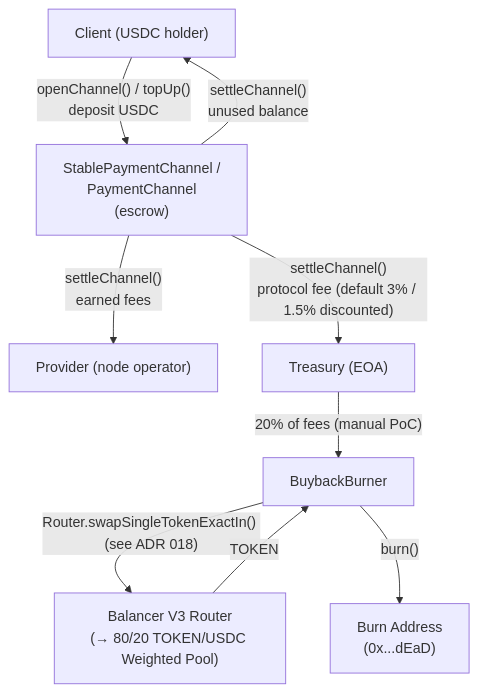
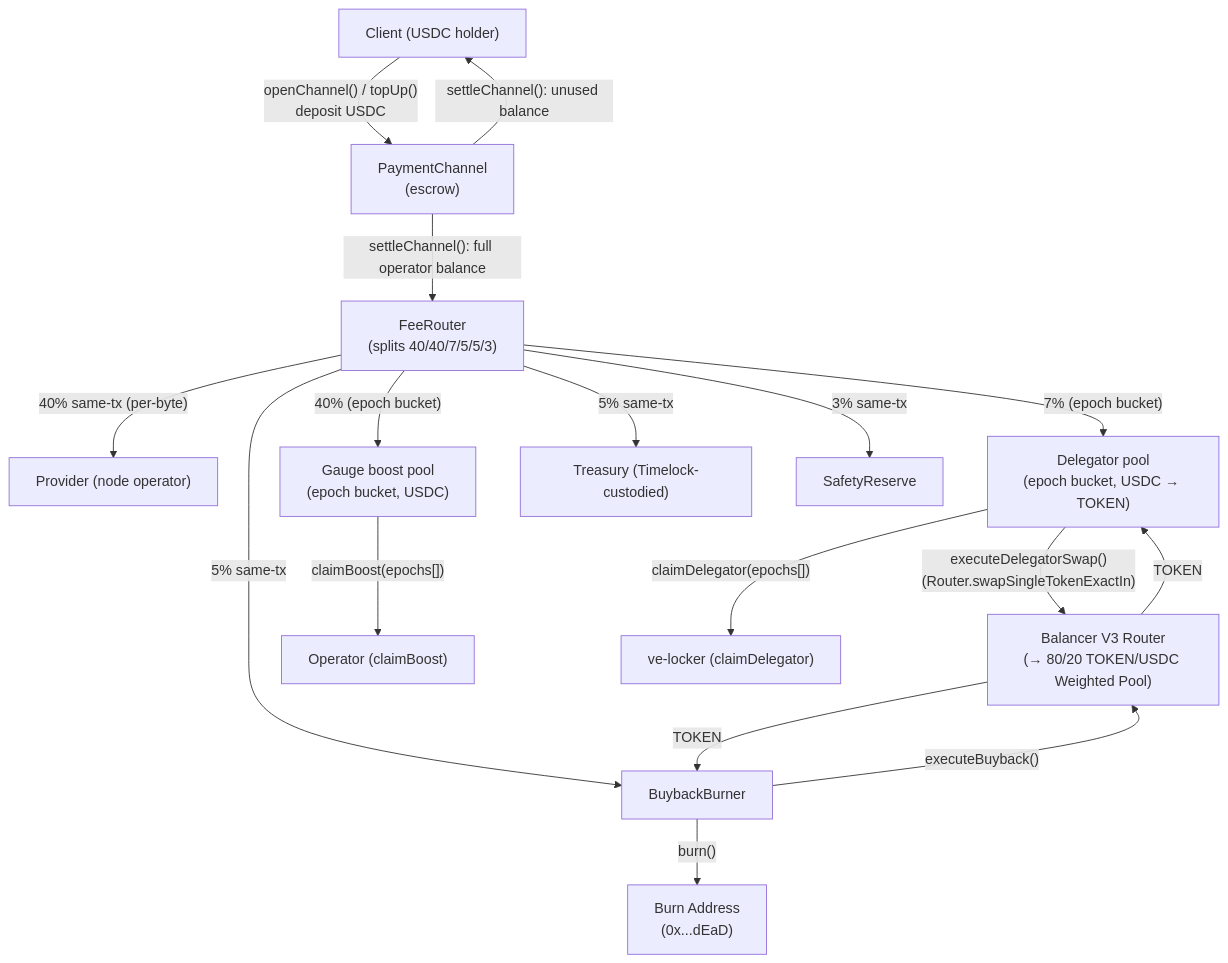
One commit to decdn/decdn changed the fourth of 5 diagrams in adr/016-contract-interactions.md. Above: the diagram before and after it, drawn with Mermaid. The commit also changed other lines of this file and 21 other files, not shown here.

````diff
--- a/adr/016-contract-interactions.md
+++ b/adr/016-contract-interactions.md
@@ -194,19 +319,33 @@
 ```mermaid
 flowchart TD
     Client["Client (USDC holder)"]
-    SPC["StablePaymentChannel /<br/>PaymentChannel<br/>(escrow)"]
+    PC["PaymentChannel<br/>(escrow)"]
+    FR["FeeRouter<br/>(splits 40/40/7/5/5/3)"]
     Provider["Provider (node operator)"]
-    Treasury["Treasury (EOA)"]
+    GAUGE["Gauge boost pool<br/>(epoch bucket, USDC)"]
+    DELE["Delegator pool<br/>(epoch bucket, USDC → TOKEN)"]
+    Treasury["Treasury (Timelock-custodied)"]
+    SAFE["SafetyReserve"]
     BB["BuybackBurner"]
     BAL["Balancer V3 Router<br/>(→ 80/20 TOKEN/USDC Weighted Pool)"]
     BURN["Burn Address<br/>(0x...dEaD)"]
+    OpClaim["Operator (claimBoost)"]
+    LockerClaim["ve-locker (claimDelegator)"]
 
-    Client -->|"openChannel() / topUp()<br/>deposit USDC"| SPC
-    SPC -->|"settleChannel()<br/>earned fees"| Provider
-    SPC -->|"settleChannel()<br/>protocol fee (default 3% / 1.5% discounted)"| Treasury
-    SPC -->|"settleChannel()<br/>unused balance"| Client
-    Treasury -->|"20% of fees (manual PoC)"| BB
-    BB -->|"Router.swapSingleTokenExactIn() (see ADR 018)"| BAL
+    Client -->|"openChannel() / topUp()<br/>deposit USDC"| PC
+    PC -->|"settleChannel(): full operator balance"| FR
+    PC -->|"settleChannel(): unused balance"| Client
+    FR -->|"40% same-tx (per-byte)"| Provider
+    FR -->|"40% (epoch bucket)"| GAUGE
+    FR -->|"7% (epoch bucket)"| DELE
+    FR -->|"5% same-tx"| BB
+    FR -->|"5% same-tx"| Treasury
+    FR -->|"3% same-tx"| SAFE
+    DELE -->|"executeDelegatorSwap()<br/>(Router.swapSingleTokenExactIn)"| BAL
+    BAL -->|"TOKEN"| DELE
+    BB -->|"executeBuyback()"| BAL
     BAL -->|"TOKEN"| BB
     BB -->|"burn()"| BURN
+    GAUGE -->|"claimBoost(epochs[])"| OpClaim
+    DELE -->|"claimDelegator(epochs[])"| LockerClaim
 ```
````
